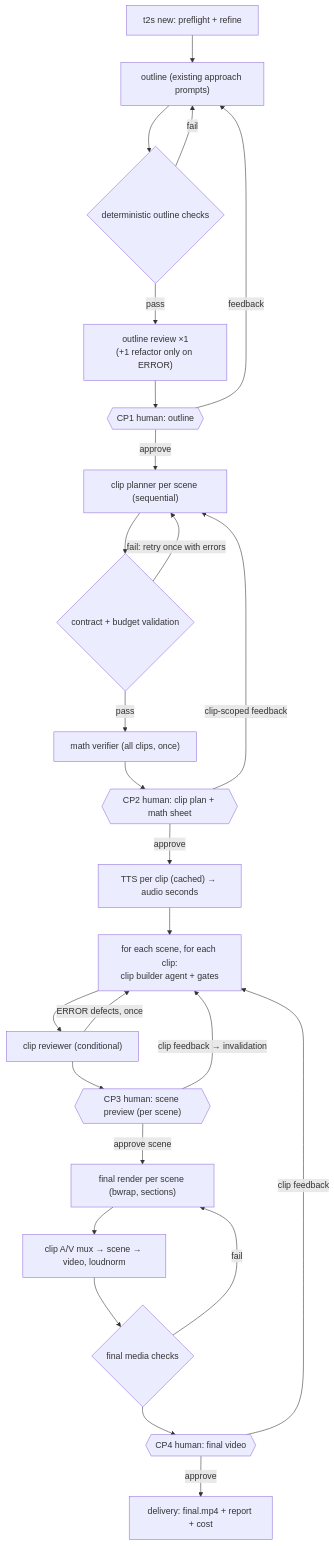
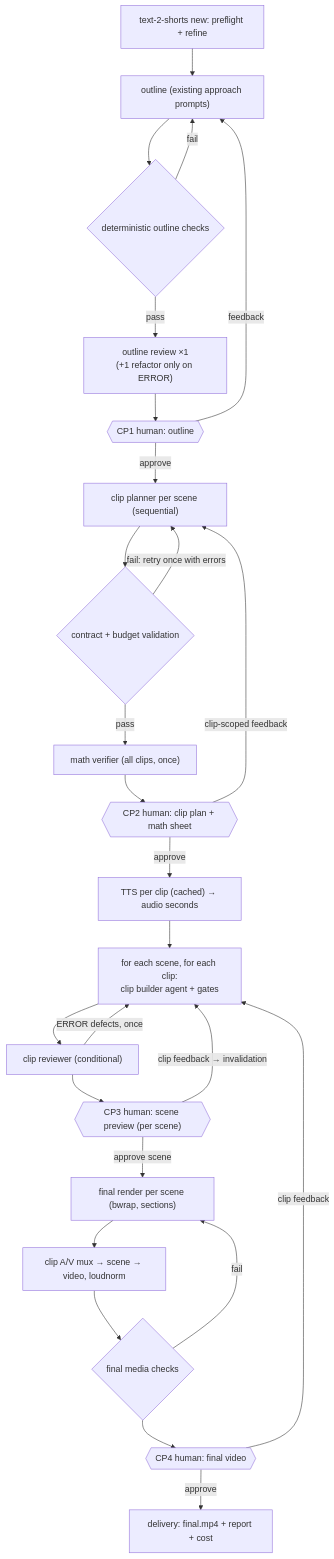
The diagram in diagrams/04-generation-pipeline.mmd (GARV-PATEL-11/Text-2-Shorts), drawn with Mermaid before and after one commit. The commit also changed 58 other files, not shown here.

First line of the commit message:
Naming standard: descriptive identifiers, text-2-shorts command (0.6.0)

```diff
--- a/diagrams/04-generation-pipeline.mmd
+++ b/diagrams/04-generation-pipeline.mmd
@@ -1,26 +1,26 @@
 flowchart TD
-    A["t2s new: preflight + refine"] --> B["outline (existing approach prompts)"]
+    A["text-2-shorts new: preflight + refine"] --> B["outline (existing approach prompts)"]
     B --> C{"deterministic outline checks"}
     C -->|fail| B
     C -->|pass| D["outline review ×1<br/>(+1 refactor only on ERROR)"]
     D --> CP1{{"CP1 human: outline"}}
     CP1 -->|feedback| B
     CP1 -->|approve| E["clip planner per scene (sequential)"]
     E --> F{"contract + budget validation"}
     F -->|fail: retry once with errors| E
     F -->|pass| G["math verifier (all clips, once)"]
     G --> CP2{{"CP2 human: clip plan + math sheet"}}
     CP2 -->|clip-scoped feedback| E
     CP2 -->|approve| H["TTS per clip (cached) → audio seconds"]
     H --> I["for each scene, for each clip:<br/>clip builder agent + gates"]
     I --> J["clip reviewer (conditional)"]
     J -->|ERROR defects, once| I
     J --> CP3{{"CP3 human: scene preview (per scene)"}}
     CP3 -->|clip feedback → invalidation| I
     CP3 -->|approve scene| K["final render per scene (bwrap, sections)"]
     K --> L["clip A/V mux → scene → video, loudnorm"]
     L --> M{"final media checks"}
     M -->|fail| K
     M --> CP4{{"CP4 human: final video"}}
     CP4 -->|clip feedback| I
     CP4 -->|approve| N["delivery: final.mp4 + report + cost"]
```
